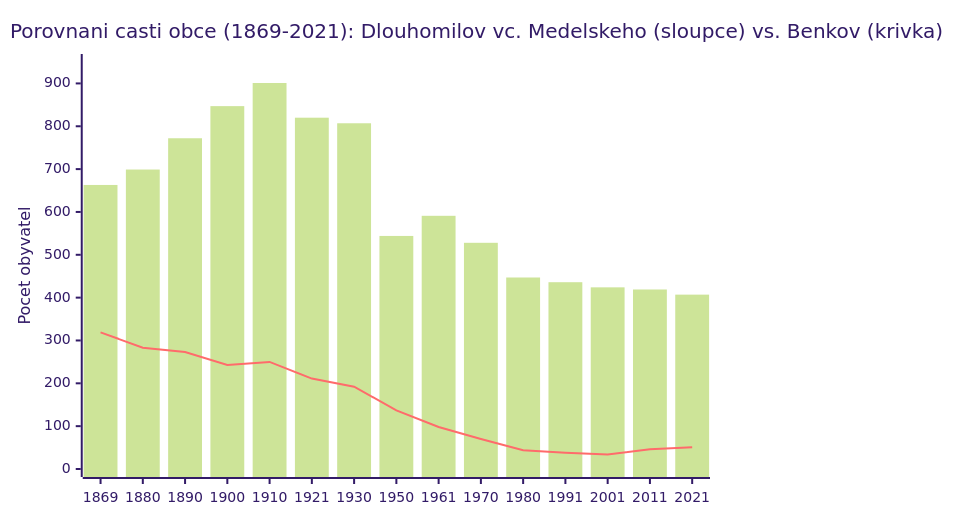
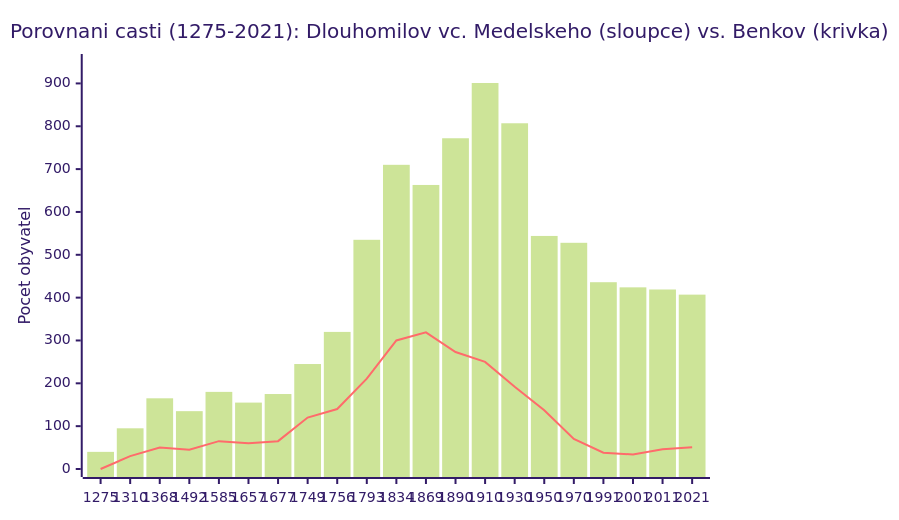
The second of 5 diagrams in docs/demografie_csu_1869_2026.md (KarelBerka/Dlouhomilov), drawn with Mermaid (forest theme) before and after one commit. The commit also changed other lines of this file and 234 other files, not shown here.

````diff
--- a/docs/demografie_csu_1869_2026.md
+++ b/docs/demografie_csu_1869_2026.md
@@ -38,8 +41,8 @@
 ```mermaid
 xychart-beta
-    title "Porovnani casti obce (1869-2021): Dlouhomilov vc. Medelskeho (sloupce) vs. Benkov (krivka)"
-    x-axis ["1869", "1880", "1890", "1900", "1910", "1921", "1930", "1950", "1961", "1970", "1980", "1991", "2001", "2011", "2021"]
+    title "Porovnani casti (1275-2021): Dlouhomilov vc. Medelskeho (sloupce) vs. Benkov (krivka)"
+    x-axis ["1275", "1310", "1368", "1492", "1585", "1657", "1677", "1749", "1756", "1793", "1834", "1869", "1890", "1910", "1930", "1950", "1970", "1991", "2001", "2011", "2021"]
     y-axis "Pocet obyvatel" 0 --> 950
-    bar [663, 699, 772, 847, 901, 820, 807, 544, 591, 528, 447, 436, 424, 419, 407]
-    line [319, 283, 273, 243, 250, 211, 192, 137, 98, 70, 44, 38, 34, 46, 51]
+    bar [40, 95, 165, 135, 180, 155, 175, 245, 320, 535, 710, 663, 772, 901, 807, 544, 528, 436, 424, 419, 407]
+    line [0, 30, 50, 45, 65, 60, 65, 120, 140, 211, 300, 319, 273, 250, 192, 137, 70, 38, 34, 46, 51]
 ```
````
